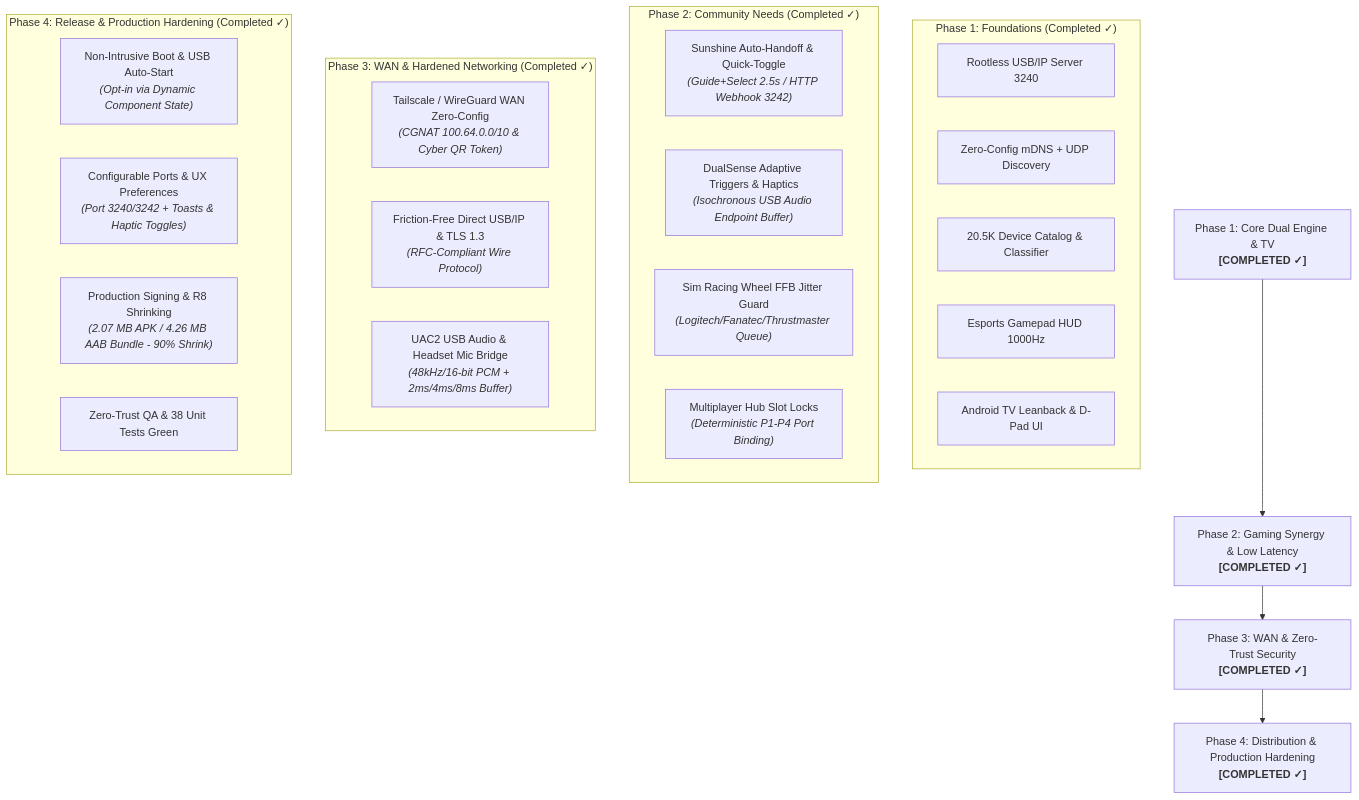
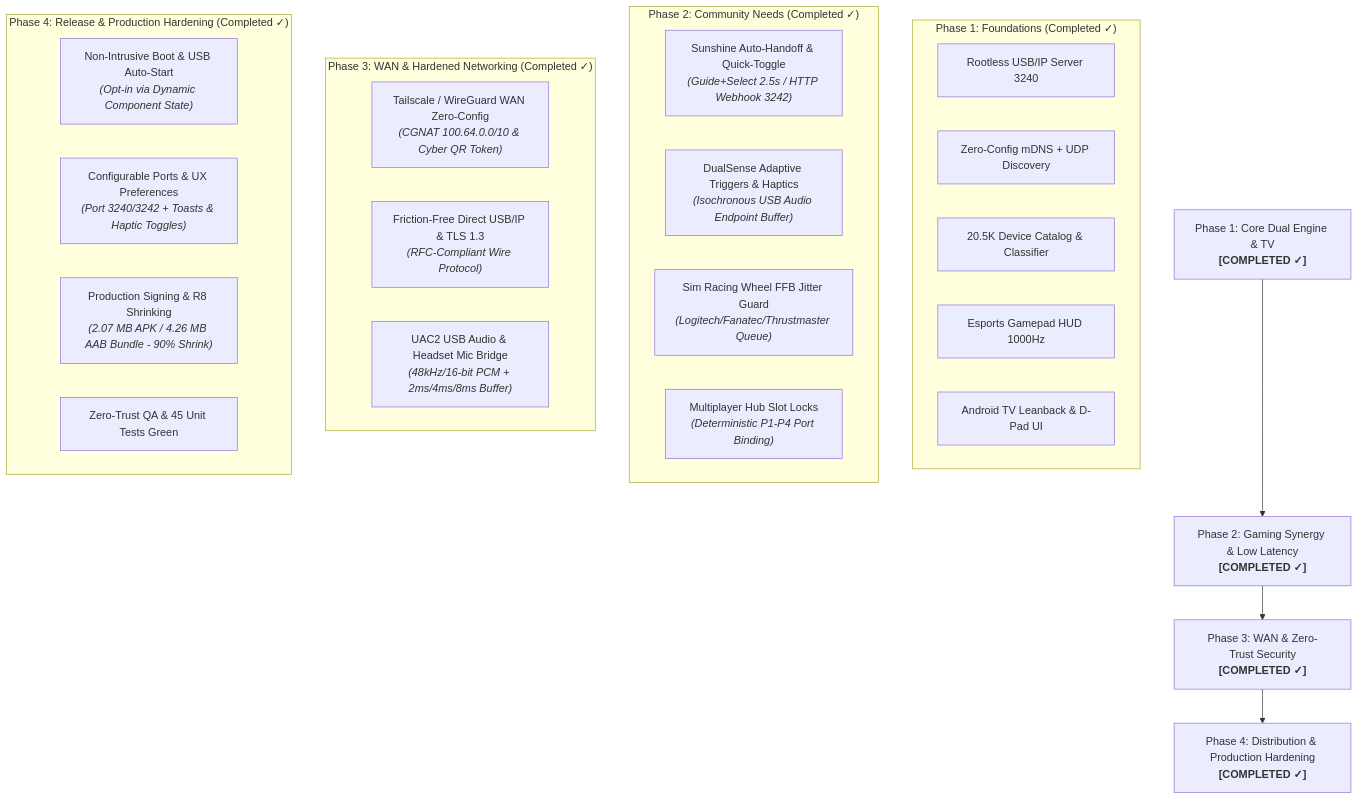
The diagram in ROADMAP.md (oscarlosu-lab/USBAnywhere-Android), drawn with Mermaid before and after one commit. The commit also changed other lines of this file and 4 other files, not shown here.

````diff
--- a/ROADMAP.md
+++ b/ROADMAP.md
@@ -11,34 +11,34 @@
 ```mermaid
 flowchart TD
     P1["Phase 1: Core Dual Engine & TV<br><b>[COMPLETED ✓]</b>"] --> P2["Phase 2: Gaming Synergy & Low Latency<br><b>[COMPLETED ✓]</b>"]
     P2 --> P3["Phase 3: WAN & Zero-Trust Security<br><b>[COMPLETED ✓]</b>"]
     P3 --> P4["Phase 4: Distribution & Production Hardening<br><b>[COMPLETED ✓]</b>"]
 
     subgraph "Phase 1: Foundations (Completed ✓)"
         A1[Rootless USB/IP Server 3240]
         A2[Zero-Config mDNS + UDP Discovery]
         A3[20.5K Device Catalog & Classifier]
         A4[Esports Gamepad HUD 1000Hz]
         A5[Android TV Leanback & D-Pad UI]
     end
 
     subgraph "Phase 2: Community Needs (Completed ✓)"
         B1["Sunshine Auto-Handoff & Quick-Toggle<br><i>(Guide+Select 2.5s / HTTP Webhook 3242)</i>"]
         B2["DualSense Adaptive Triggers & Haptics<br><i>(Isochronous USB Audio Endpoint Buffer)</i>"]
         B3["Sim Racing Wheel FFB Jitter Guard<br><i>(Logitech/Fanatec/Thrustmaster Queue)</i>"]
         B4["Multiplayer Hub Slot Locks<br><i>(Deterministic P1-P4 Port Binding)</i>"]
     end
 
     subgraph "Phase 3: WAN & Hardened Networking (Completed ✓)"
         C1["Tailscale / WireGuard WAN Zero-Config<br><i>(CGNAT 100.64.0.0/10 & Cyber QR Token)</i>"]
         C2["Friction-Free Direct USB/IP & TLS 1.3<br><i>(RFC-Compliant Wire Protocol)</i>"]
         C3["UAC2 USB Audio & Headset Mic Bridge<br><i>(48kHz/16-bit PCM + 2ms/4ms/8ms Buffer)</i>"]
     end
 
     subgraph "Phase 4: Release & Production Hardening (Completed ✓)"
         D1["Non-Intrusive Boot & USB Auto-Start<br><i>(Opt-in via Dynamic Component State)</i>"]
         D2["Configurable Ports & UX Preferences<br><i>(Port 3240/3242 + Toasts & Haptic Toggles)</i>"]
         D3["Production Signing & R8 Shrinking<br><i>(2.07 MB APK / 4.26 MB AAB Bundle - 90% Shrink)</i>"]
-        D4["Zero-Trust QA & 38 Unit Tests Green"]
+        D4["Zero-Trust QA & 45 Unit Tests Green"]
     end
 ```
````
